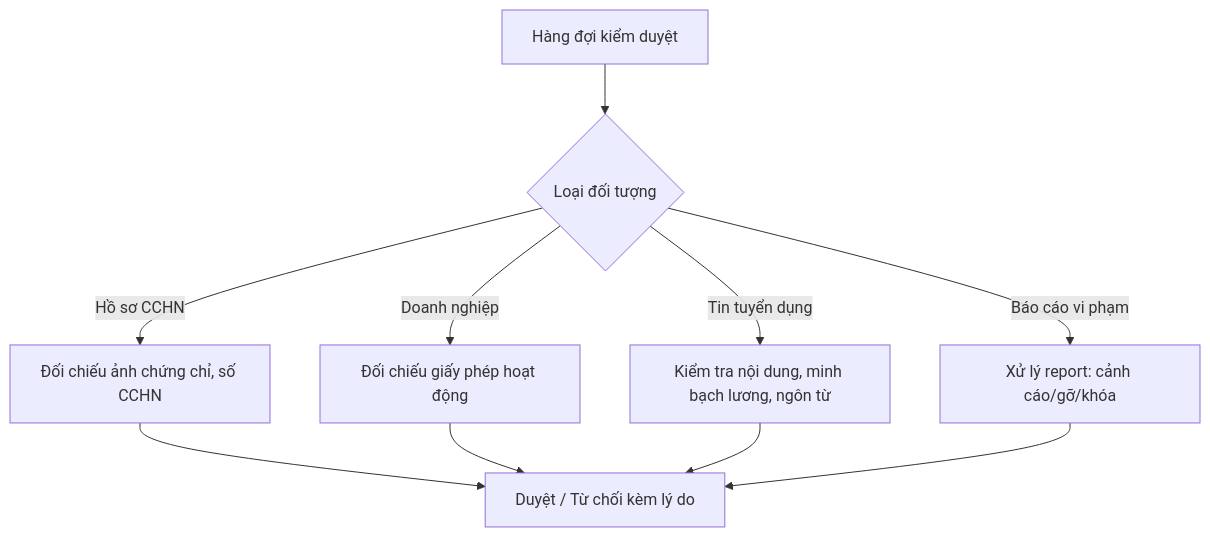
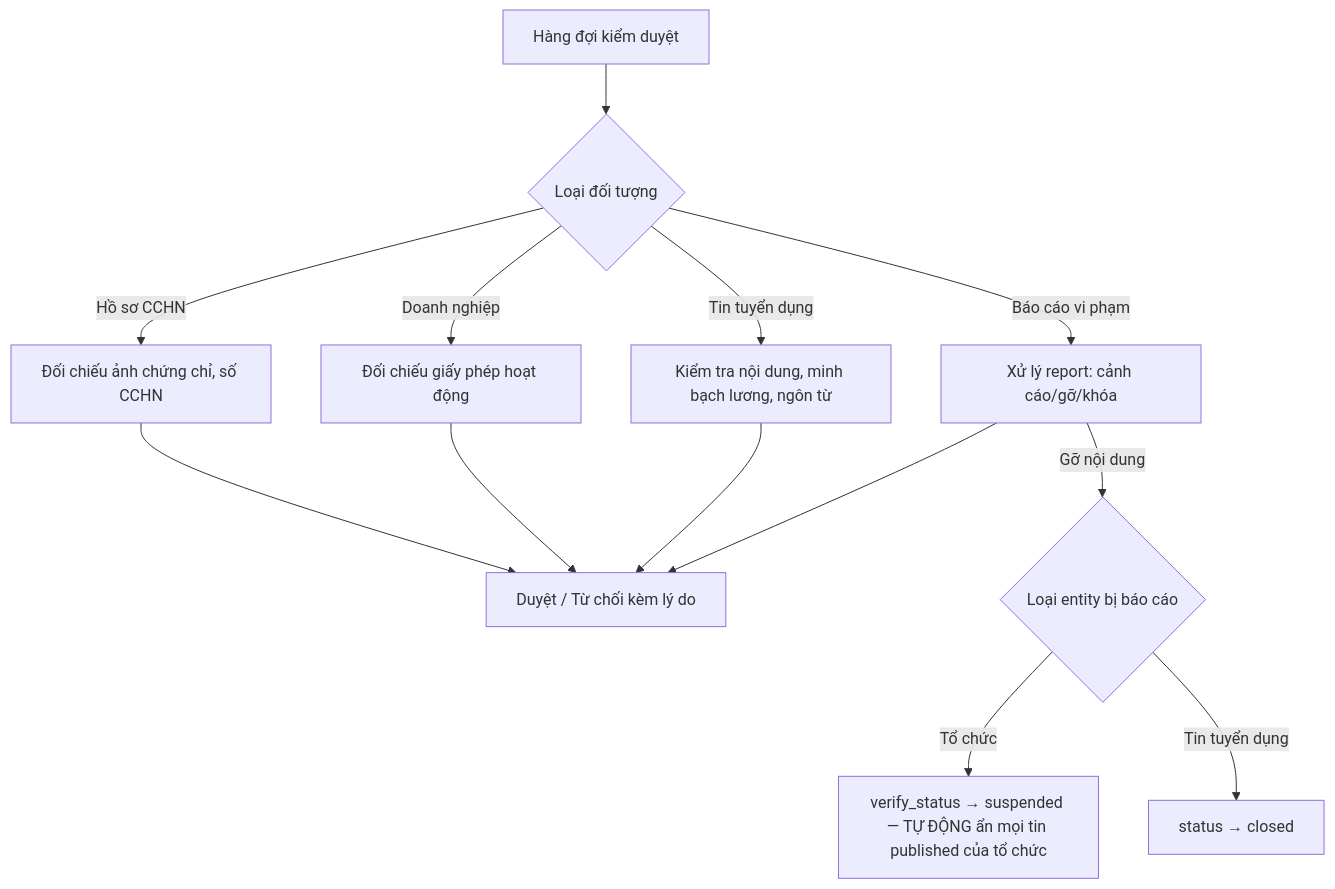
One commit to minhtungle/GiapTech.BlouseHiding changed the seventh of 7 diagrams in docs/nghiep-vu/LUONG-NGHIEP-VU-MAN-HINH.md. Above: the diagram before and after it, drawn with Mermaid. The commit also changed other lines of this file and 5 other files, not shown here.

First line of the commit message:
docs: fix business flow gaps found in rigor review

````diff
--- a/docs/nghiep-vu/LUONG-NGHIEP-VU-MAN-HINH.md
+++ b/docs/nghiep-vu/LUONG-NGHIEP-VU-MAN-HINH.md
@@ -116,12 +132,15 @@
 ```mermaid
 flowchart TD
     A[Hàng đợi kiểm duyệt] --> B{Loại đối tượng}
     B -- Hồ sơ CCHN --> C[Đối chiếu ảnh chứng chỉ, số CCHN]
     B -- Doanh nghiệp --> D[Đối chiếu giấy phép hoạt động]
     B -- Tin tuyển dụng --> E[Kiểm tra nội dung, minh bạch lương, ngôn từ]
     B -- Báo cáo vi phạm --> F[Xử lý report: cảnh cáo/gỡ/khóa]
     C --> G[Duyệt / Từ chối kèm lý do]
     D --> G
     E --> G
     F --> G
+    F -- Gỡ nội dung --> H{Loại entity bị báo cáo}
+    H -- Tổ chức --> I[verify_status → suspended — TỰ ĐỘNG ẩn mọi tin published của tổ chức]
+    H -- Tin tuyển dụng --> J[status → closed]
 ```
````
